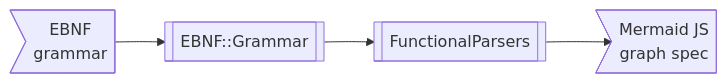
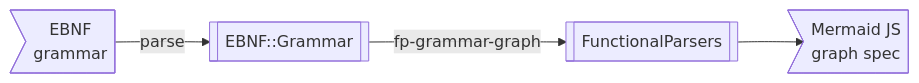
The second of 4 diagrams in Articles/Graph-representation-of-grammars-work.md (antononcube/RakuForPrediction-book), drawn with Mermaid before and after one commit. The commit also changed other lines of this file and 1 other file, not shown here.

Commit message:
docs:Added LLMs section. Better diagrams and explanations.

````diff
--- a/Articles/Graph-representation-of-grammars-work.md
+++ b/Articles/Graph-representation-of-grammars-work.md
@@ -61,8 +63,8 @@
 ```mermaid
 graph LR
     FPs[["FunctionalParsers"]]
     EBNFGram[["EBNF::Grammar"]]
     grEBNF>EBNF<br>grammar]
     mmdGraph>Mermaid JS<br>graph spec]
-    grEBNF --> EBNFGram --> FPs --> mmdGraph
+    grEBNF --> |parse|EBNFGram --> |fp-grammar-graph|FPs --> mmdGraph
 ```
````
